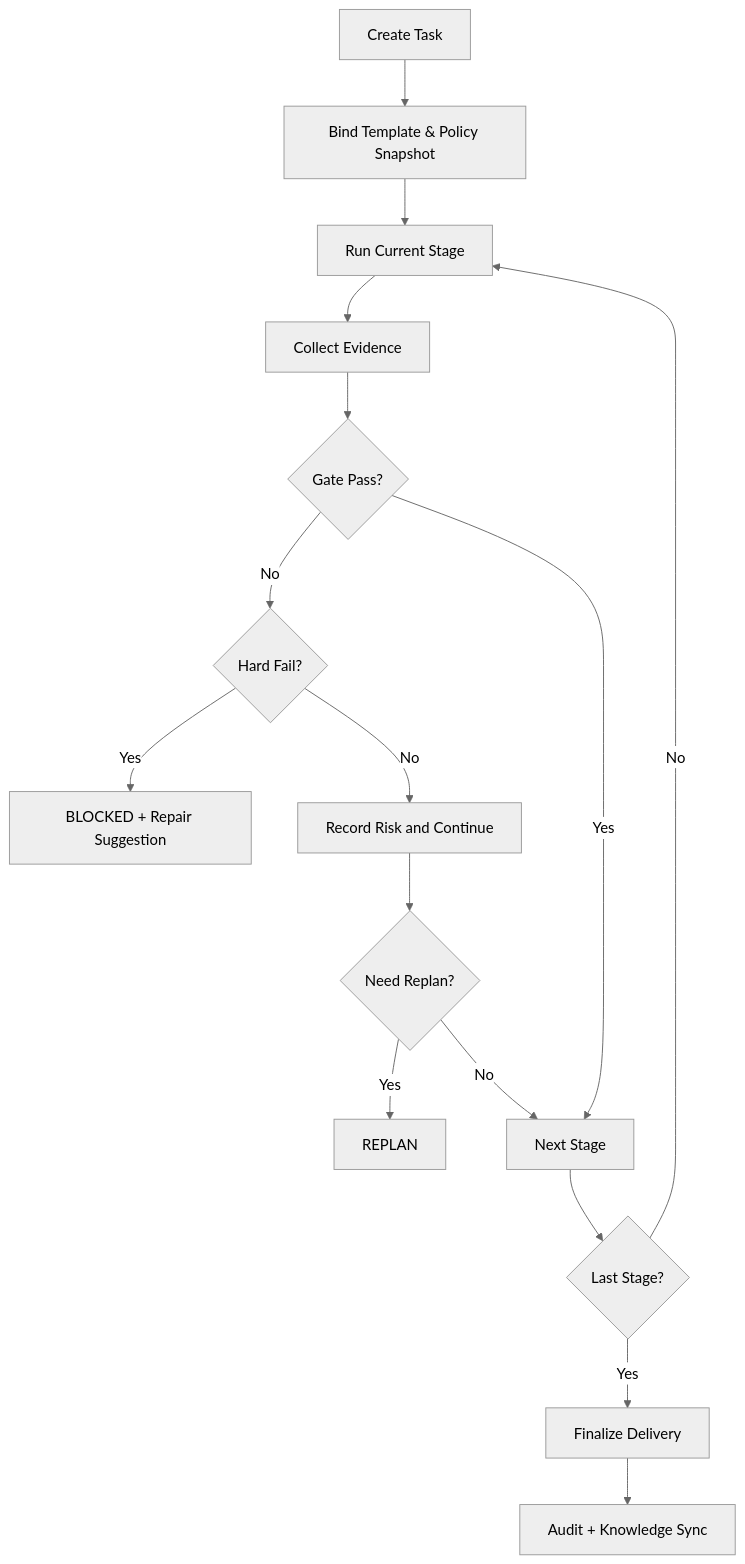
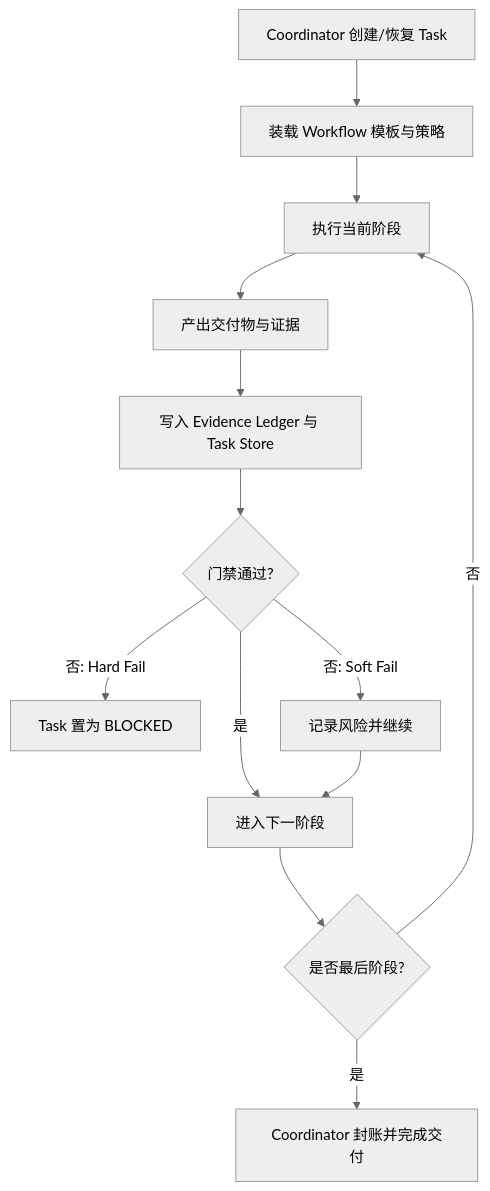
Before and after one commit to liushoukun/reason-cavalier: the second of 2 diagrams in docs/index.md, drawn with Mermaid (neutral theme). The commit also changed other lines of this file, not shown here.

Commit message:
Revise documentation for Harness Reason Cavalier, updating project vision, design principles, and core modules. Enhance clarity on task workflows and governance, while restructuring sections for improved readability and coherence.

````diff
--- a/docs/index.md
+++ b/docs/index.md
@@ -179,18 +175,15 @@
 ```mermaid
 flowchart TD
-  A[Create Task] --> B[Bind Template & Policy Snapshot]
-  B --> C[Run Current Stage]
-  C --> D[Collect Evidence]
-  D --> E{Gate Pass?}
-  E -- No --> F{Hard Fail?}
-  F -- Yes --> G[BLOCKED + Repair Suggestion]
-  F -- No --> H[Record Risk and Continue]
-  H --> I{Need Replan?}
-  I -- Yes --> J[REPLAN]
-  I -- No --> K[Next Stage]
-  E -- Yes --> K
-  K --> L{Last Stage?}
-  L -- No --> C
-  L -- Yes --> M[Finalize Delivery]
-  M --> N[Audit + Knowledge Sync]
+  A[Coordinator 创建/恢复 Task] --> B[装载 Workflow 模板与策略]
+  B --> C[执行当前阶段]
+  C --> D[产出交付物与证据]
+  D --> E[写入 Evidence Ledger 与 Task Store]
+  E --> F{门禁通过?}
+  F -- 否: Hard Fail --> G[Task 置为 BLOCKED]
+  F -- 否: Soft Fail --> H[记录风险并继续]
+  F -- 是 --> I[进入下一阶段]
+  H --> I
+  I --> J{是否最后阶段?}
+  J -- 否 --> C
+  J -- 是 --> K[Coordinator 封账并完成交付]
 ```
````
